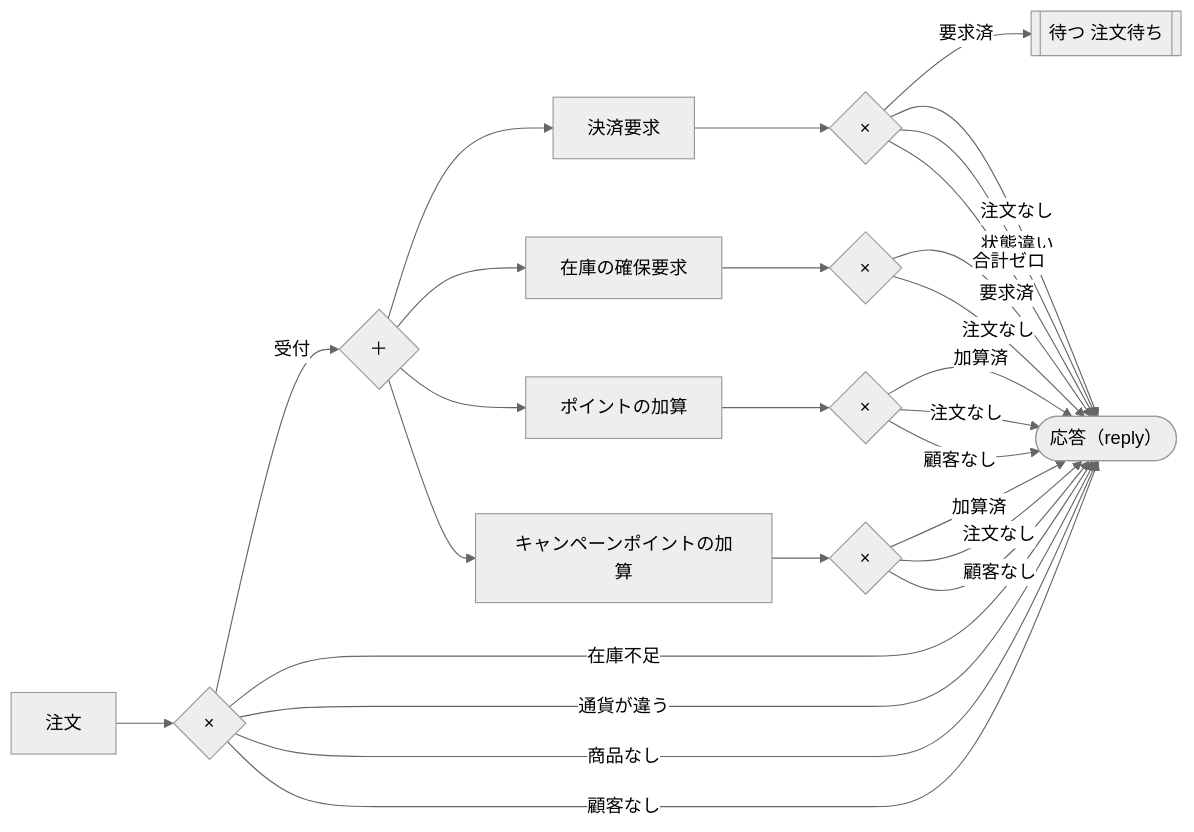
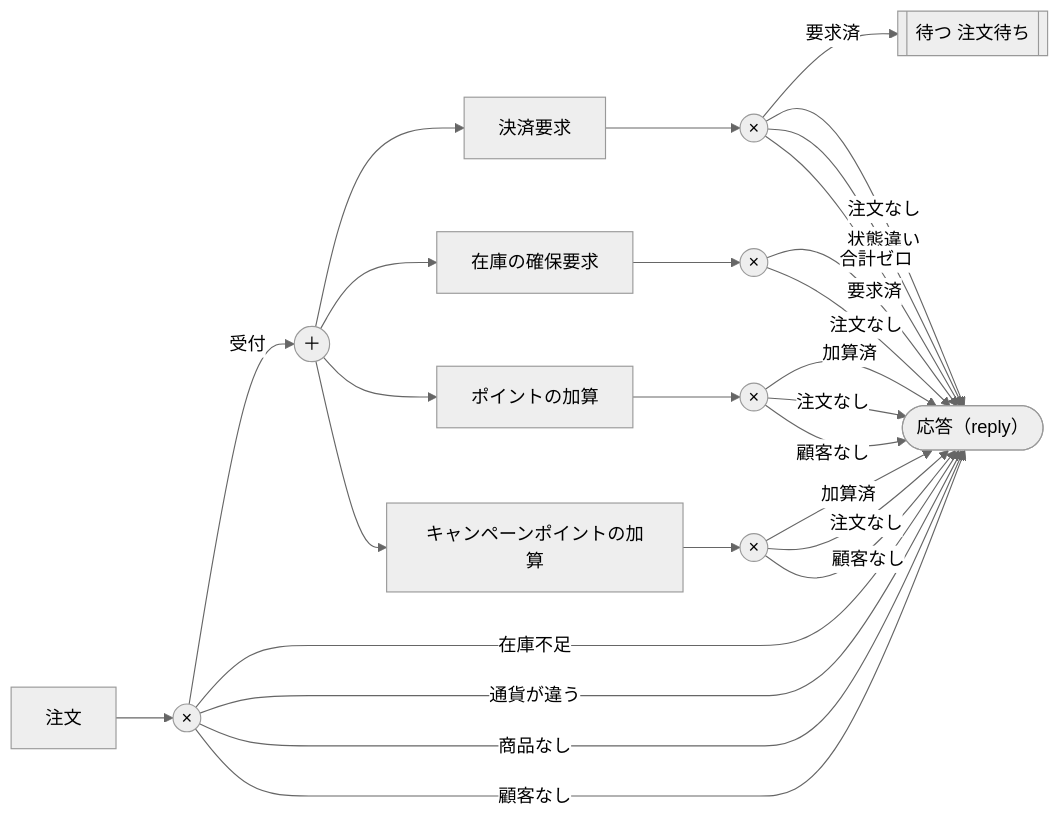
The first of 3 diagrams in tests/fixtures/overseas_shop/overseas_shop_spec.md (tazyamah/geas), drawn with Mermaid (neutral theme) before and after one commit. The commit also changed other lines of this file and 2 other files, not shown here.

Commit message:
フロー図の分岐・並列の記号を菱形から小さな丸にする
Claude-Session: https://claude.ai/code/session_018q16Z5zVuuXmdRhL9cD5fL

````diff
--- a/tests/fixtures/overseas_shop/overseas_shop_spec.md
+++ b/tests/fixtures/overseas_shop/overseas_shop_spec.md
@@ -65,42 +65,42 @@
 ```mermaid
 flowchart LR
     n0["注文"]
-    n1{"×"}
+    n1(("×"))
     n0 --> n1
-    n2{"＋"}
+    n2(("＋"))
     n1 -- "受付" --> n2
     n3["決済要求"]
     n4["在庫の確保要求"]
     n5["ポイントの加算"]
     n6["キャンペーンポイントの加算"]
     n2 --> n3
     n2 --> n4
     n2 --> n5
     n2 --> n6
     n7(["応答（reply）"])
     n1 -- "在庫不足" --> n7
     n1 -- "通貨が違う" --> n7
     n1 -- "商品なし" --> n7
     n1 -- "顧客なし" --> n7
-    n8{"×"}
+    n8(("×"))
     n3 --> n8
     n9[["待つ 注文待ち"]]
     n8 -- "要求済" --> n9
     n8 -- "注文なし" --> n7
     n8 -- "状態違い" --> n7
     n8 -- "合計ゼロ" --> n7
-    n10{"×"}
+    n10(("×"))
     n4 --> n10
     n10 -- "要求済" --> n7
     n10 -- "注文なし" --> n7
-    n11{"×"}
+    n11(("×"))
     n5 --> n11
     n11 -- "加算済" --> n7
     n11 -- "注文なし" --> n7
     n11 -- "顧客なし" --> n7
-    n12{"×"}
+    n12(("×"))
     n6 --> n12
     n12 -- "加算済" --> n7
     n12 -- "注文なし" --> n7
     n12 -- "顧客なし" --> n7
 ```
````
